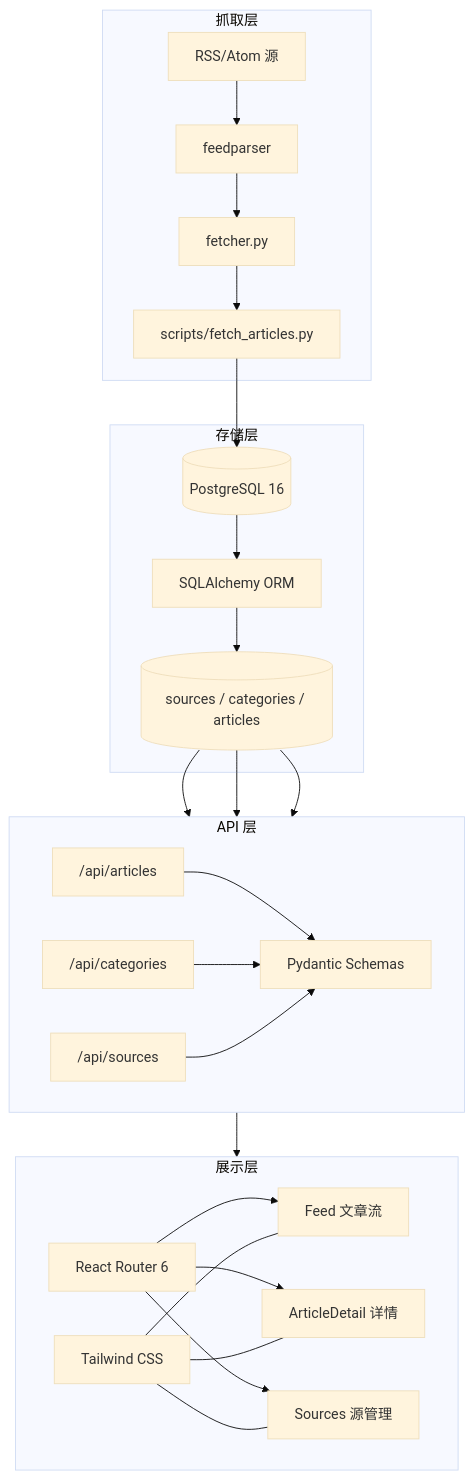
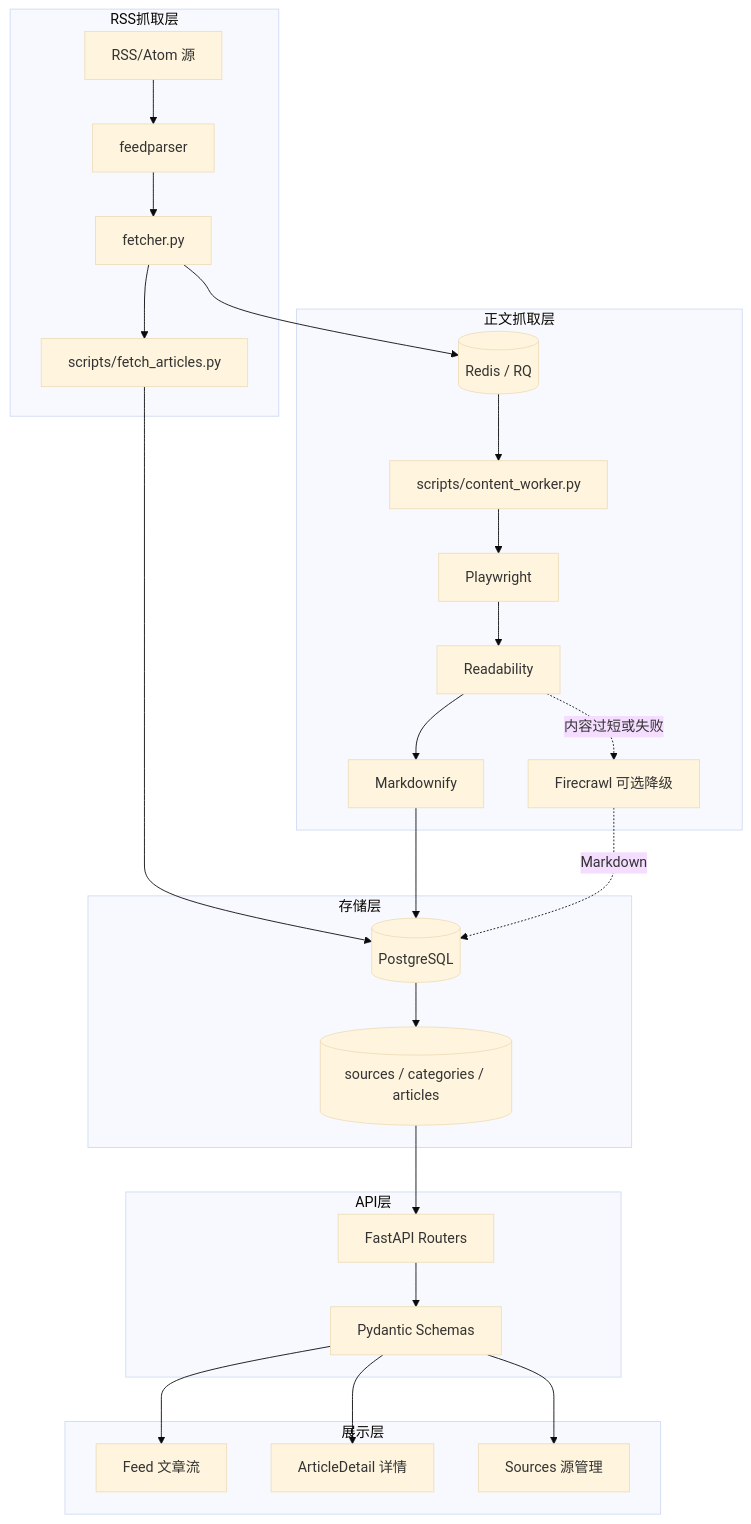
Before and after one commit to AzureTsui/Tripolar: the first of 2 diagrams in README.md, drawn with Mermaid (base theme). The commit also changed other lines of this file and 15 other files, not shown here.

````diff
--- a/README.md
+++ b/README.md
@@ -19,41 +21,39 @@
 ```mermaid
 flowchart TB
     subgraph 展示层
-        direction LR
         A[Feed 文章流]
         B[ArticleDetail 详情]
         C[Sources 源管理]
-        D[React Router 6]
-        E[Tailwind CSS]
     end
 
-    subgraph API 层
-        direction LR
-        F["/api/articles"]
-        G["/api/categories"]
-        H["/api/sources"]
-        I[Pydantic Schemas]
+    subgraph API层
+        D[FastAPI Routers]
+        E[Pydantic Schemas]
     end
 
     subgraph 存储层
-        J[(PostgreSQL 16)]
-        K[SQLAlchemy ORM]
-        L[(sources / categories / articles)]
+        F[(PostgreSQL)]
+        G[(sources / categories / articles)]
     end
 
-    subgraph 抓取层
-        M[RSS/Atom 源]
-        N[feedparser]
-        O[fetcher.py]
-        P[scripts/fetch_articles.py]
+    subgraph RSS抓取层
+        H[RSS/Atom 源]
+        I[feedparser]
+        J[fetcher.py]
+        K[scripts/fetch_articles.py]
     end
 
-    M --> N --> O --> P
-    P --> J
-    J --> K --> L
-    L --> F & G & H
-    F & G & H --> I
-    I --> D
-    D --> A & B & C
-    E --- A & B & C
+    subgraph 正文抓取层
+        L[(Redis / RQ)]
+        M[scripts/content_worker.py]
+        N[Playwright]
+        O[Readability]
+        P[Markdownify]
+        Q[Firecrawl 可选降级]
+    end
+
+    H --> I --> J --> K --> F
+    J --> L --> M --> N --> O --> P --> F
+    O -.内容过短或失败.-> Q -.Markdown.-> F
+    F --> G --> D --> E --> A & B & C
 ```
````
